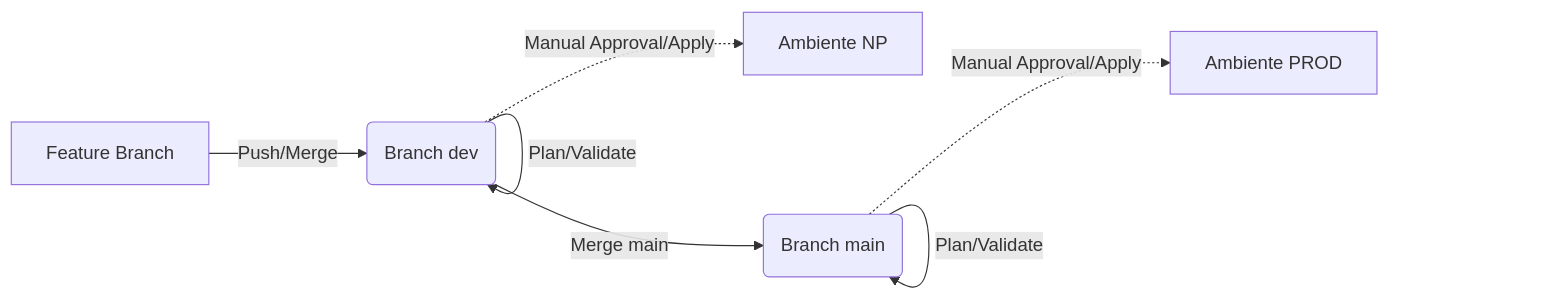
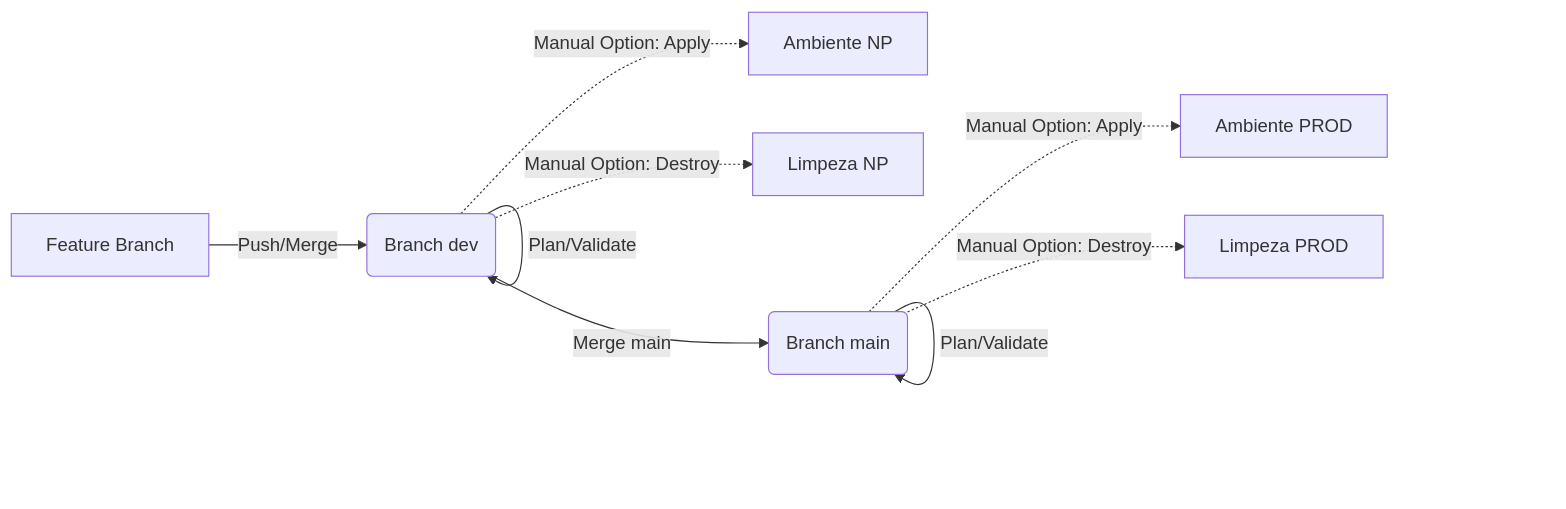
Before and after one commit to lucascosm3/terraform-foundation-for-teaching: the diagram in README.md, drawn with Mermaid. The commit also changed other lines of this file and 2 other files, not shown here.

Commit message:
refactor: decouple destroy jobs from apply and update documentation to reflect manual execution options

````diff
--- a/README.md
+++ b/README.md
@@ -81,9 +81,11 @@
 ```mermaid
 graph LR
     A[Feature Branch] -->|Push/Merge| B(Branch dev)
     B -->|Plan/Validate| B
-    B -.->|Manual Approval/Apply| C[Ambiente NP]
+    B -.->|Manual Option: Apply| C[Ambiente NP]
+    B -.->|Manual Option: Destroy| F[Limpeza NP]
     B -->|Merge main| D(Branch main)
     D -->|Plan/Validate| D
-    D -.->|Manual Approval/Apply| E[Ambiente PROD]
+    D -.->|Manual Option: Apply| E[Ambiente PROD]
+    D -.->|Manual Option: Destroy| G[Limpeza PROD]
 ```
````
